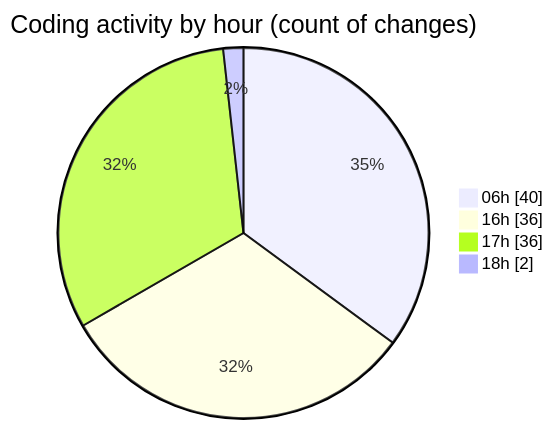
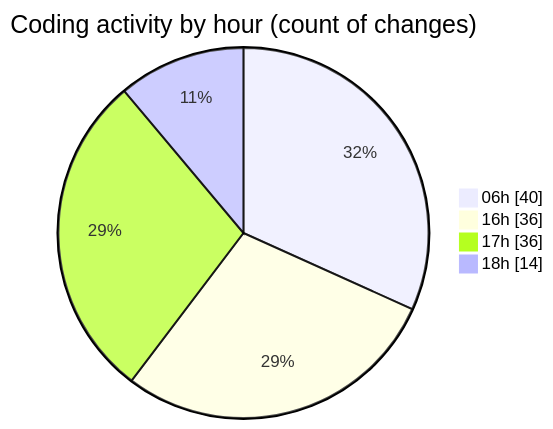
One commit to charlie-sans/code-tracking changed the second of 2 diagrams in 2025-02-25/micros/README.md. Above: the diagram before and after it, drawn with Mermaid. The commit also changed other lines of this file and 1 other file, not shown here.

````diff
--- a/2025-02-25/micros/README.md
+++ b/2025-02-25/micros/README.md
@@ -66,8 +66,8 @@
 ```mermaid
 pie showData
 title Coding activity by hour (count of changes)
 "06h" : 40
 "16h" : 36
 "17h" : 36
-"18h" : 2
+"18h" : 14
 ```
````
